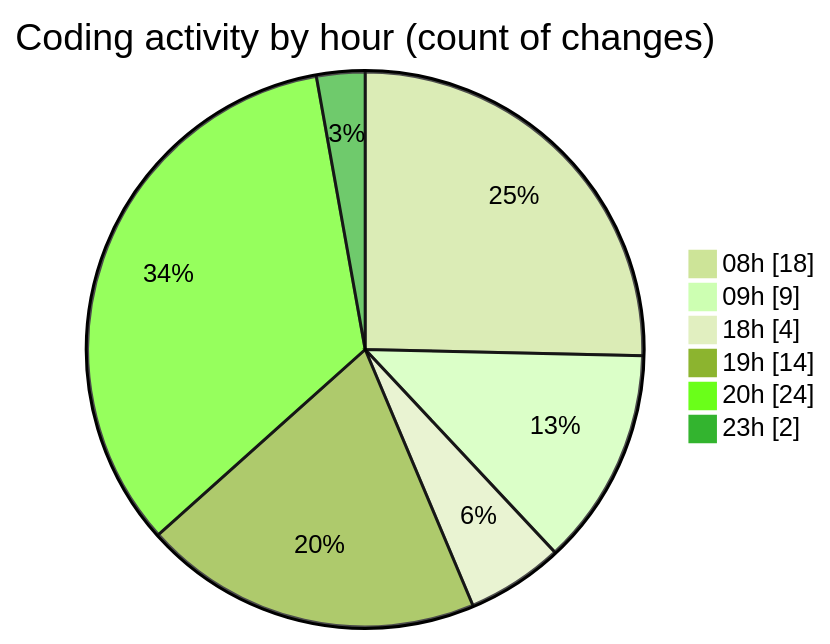
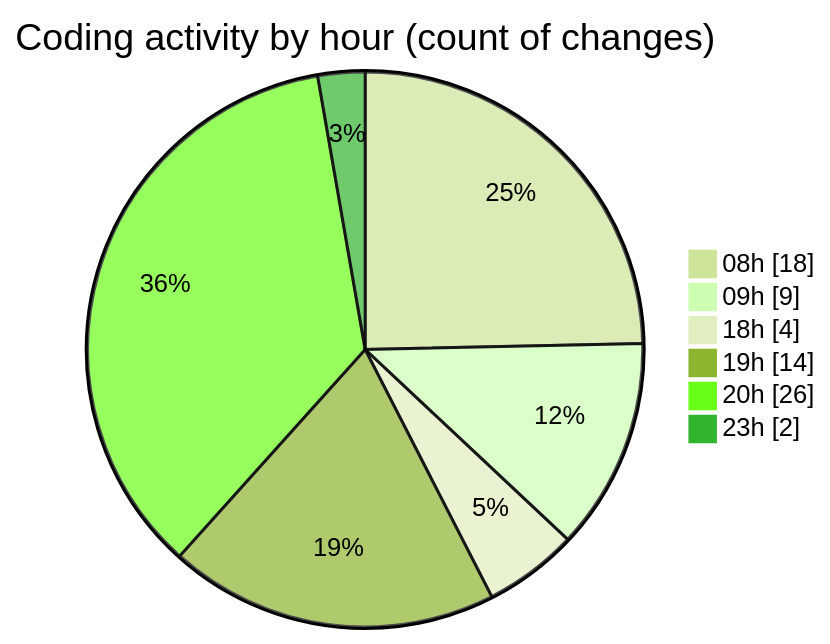
One commit to Elitesun/code-tracking changed the second of 2 diagrams in 2025-05-05/niten/README.md. Above: the diagram before and after it, drawn with Mermaid (forest theme). The commit also changed other lines of this file and 1 other file, not shown here.

````diff
--- a/2025-05-05/niten/README.md
+++ b/2025-05-05/niten/README.md
@@ -58,10 +59,10 @@
 ```mermaid
 pie showData
 title Coding activity by hour (count of changes)
 "08h" : 18
 "09h" : 9
 "18h" : 4
 "19h" : 14
-"20h" : 24
+"20h" : 26
 "23h" : 2
 ```
````
